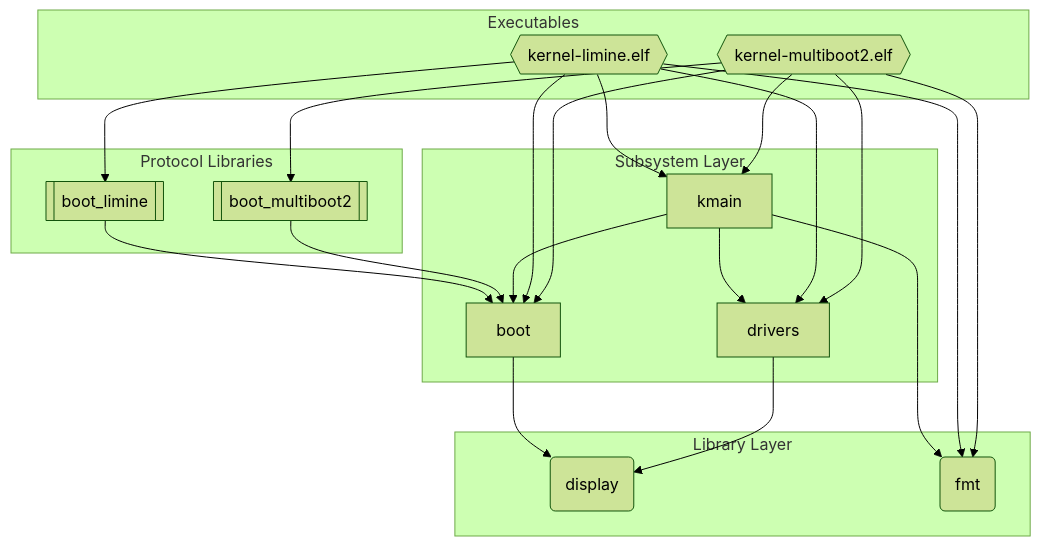
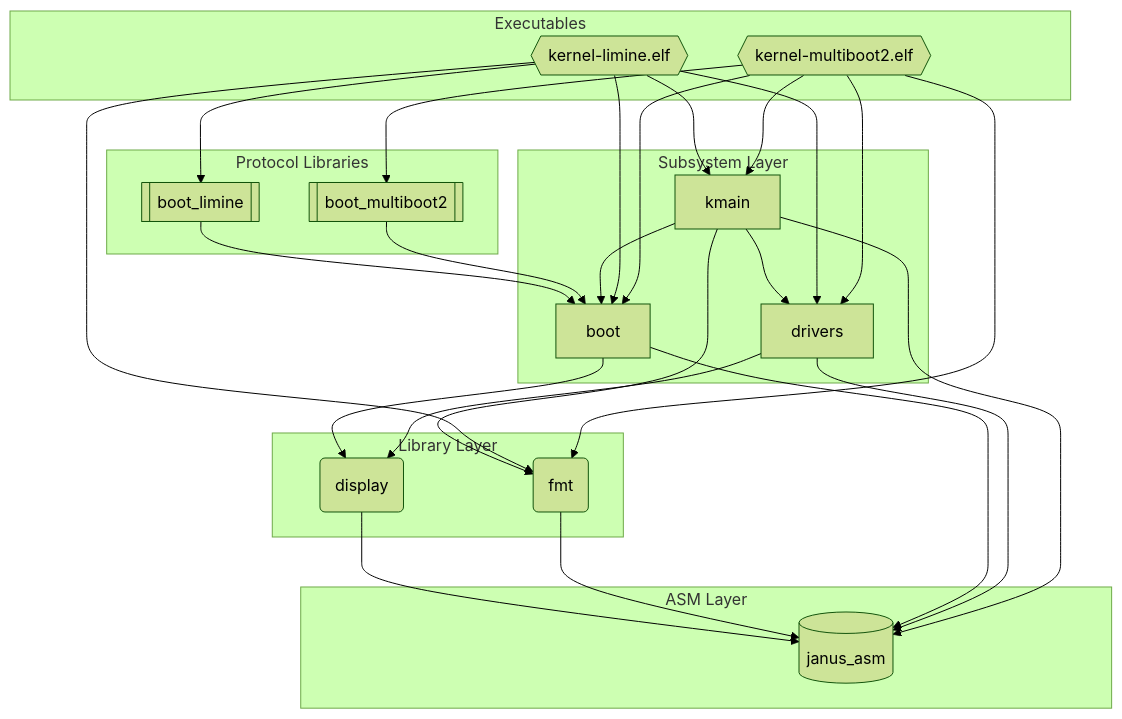
One commit to FrederikTobner/JANUS changed the diagram in docs/src/generated/deps-x86_64.md. Above: the diagram before and after it, drawn with Mermaid (forest theme). The commit also changed 21 other files, not shown here.

Commit message:
added asm layer

````diff
--- a/docs/src/generated/deps-x86_64.md
+++ b/docs/src/generated/deps-x86_64.md
@@ -3,37 +3,45 @@
 ```mermaid
 graph TD
   subgraph lib_layer["Library Layer"]
     display("display")
     fmt("fmt")
   end
   subgraph subsys_layer["Subsystem Layer"]
     boot["boot"]
     drivers["drivers"]
     kmain["kmain"]
   end
   subgraph proto_layer["Protocol Libraries"]
     boot_limine[["boot_limine"]]
     boot_multiboot2[["boot_multiboot2"]]
   end
   subgraph exec_layer["Executables"]
     kernel_limine_elf{{"kernel-limine.elf"}}
     kernel_multiboot2_elf{{"kernel-multiboot2.elf"}}
   end
+  subgraph asm_layer["ASM Layer"]
+    janus_asm[("janus_asm")]
+  end
+  display --> janus_asm
+  fmt --> janus_asm
+  boot --> janus_asm
   boot --> display
   boot_limine --> boot
   boot_multiboot2 --> boot
+  drivers --> janus_asm
   drivers --> display
+  kmain --> janus_asm
   kmain --> drivers
   kmain --> boot
   kmain --> fmt
   kernel_limine_elf --> drivers
   kernel_limine_elf --> boot
   kernel_limine_elf --> fmt
   kernel_limine_elf --> boot_limine
   kernel_limine_elf --> kmain
   kernel_multiboot2_elf --> drivers
   kernel_multiboot2_elf --> boot
   kernel_multiboot2_elf --> fmt
   kernel_multiboot2_elf --> boot_multiboot2
   kernel_multiboot2_elf --> kmain
 ```
````
